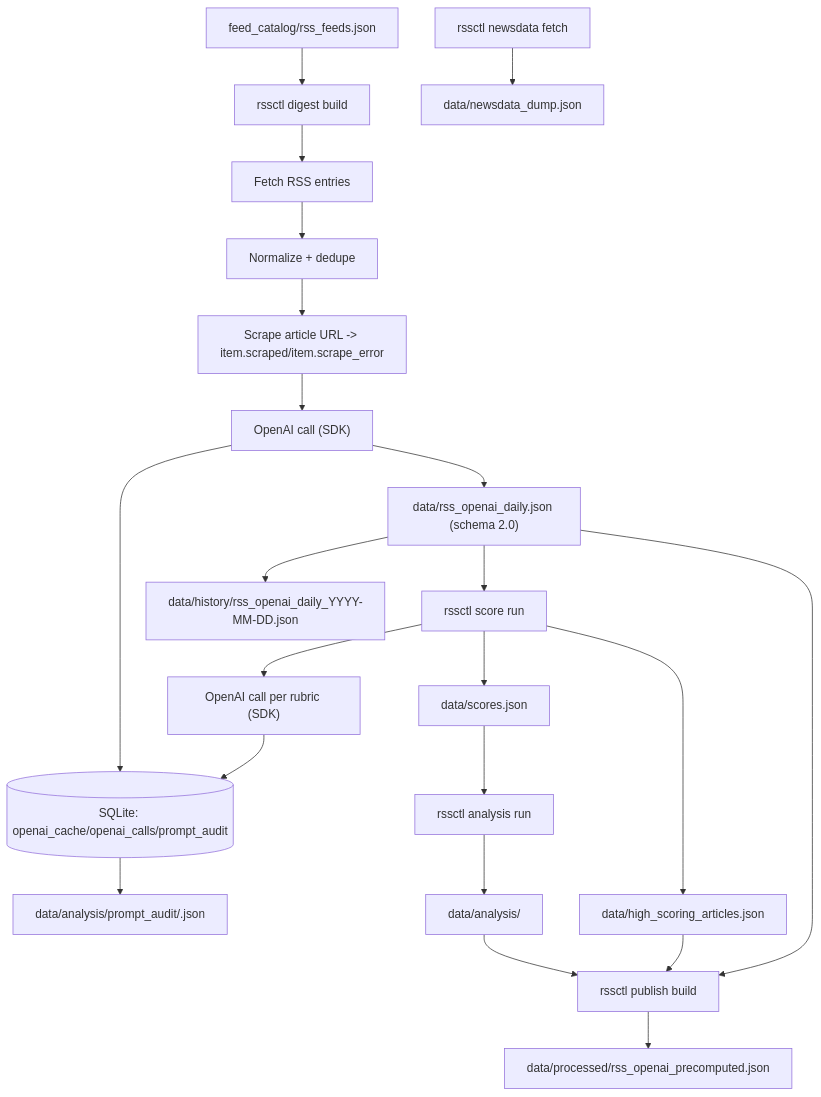
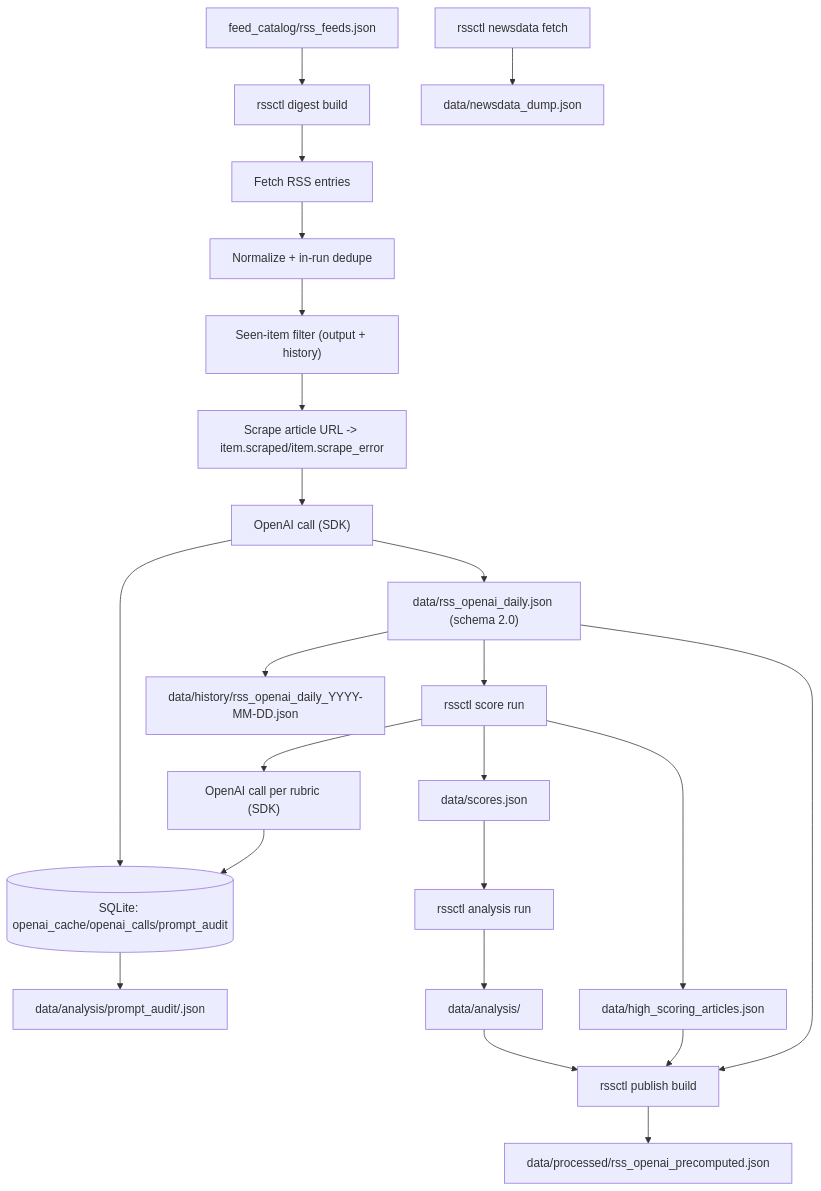
The second of 3 diagrams in workflow_diagram.md (Distinction-Projects/RSS_Feeds), drawn with Mermaid before and after one commit. The commit also changed other lines of this file and 10 other files, not shown here.

````diff
--- a/workflow_diagram.md
+++ b/workflow_diagram.md
@@ -43,27 +48,28 @@
 ```mermaid
 flowchart TD
   Catalog["feed_catalog/rss_feeds.json"] --> Digest["rssctl digest build"]
   Digest --> Fetch["Fetch RSS entries"]
-  Fetch --> Normalize["Normalize + dedupe"]
-  Normalize --> Scrape["Scrape article URL -> item.scraped/item.scrape_error"]
+  Fetch --> Normalize["Normalize + in-run dedupe"]
+  Normalize --> SeenFilter["Seen-item filter (output + history)"]
+  SeenFilter --> Scrape["Scrape article URL -> item.scraped/item.scrape_error"]
   Scrape --> Summarize["OpenAI call (SDK)"]
   Summarize --> Cache[("SQLite: openai_cache/openai_calls/prompt_audit")]
   Summarize --> Daily["data/rss_openai_daily.json (schema 2.0)"]
   Daily --> History["data/history/rss_openai_daily_YYYY-MM-DD.json"]
   Cache --> PromptExport["data/analysis/prompt_audit/<run_id>.json"]
 
   Daily --> Score["rssctl score run"]
   Score --> ScoreOpenAI["OpenAI call per rubric (SDK)"]
   ScoreOpenAI --> Cache
   Score --> Scores["data/scores.json"]
   Score --> High["data/high_scoring_articles.json"]
 
   Scores --> Analysis["rssctl analysis run"]
   Analysis --> AnalysisOut["data/analysis/"]
   AnalysisOut --> Publish["rssctl publish build"]
   High --> Publish
   Daily --> Publish
   Publish --> Processed["data/processed/rss_openai_precomputed.json"]
 
   NewsDataFetch["rssctl newsdata fetch"] --> NewsDataDump["data/newsdata_dump.json"]
 ```
````
